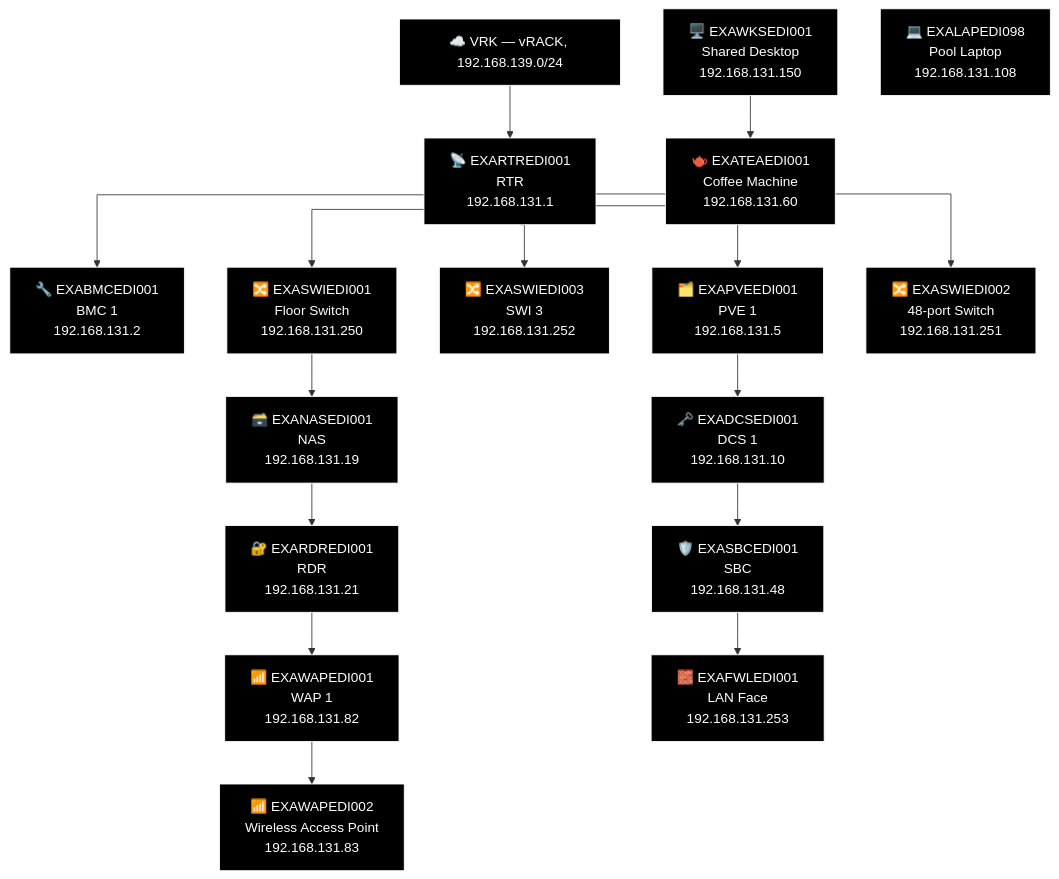
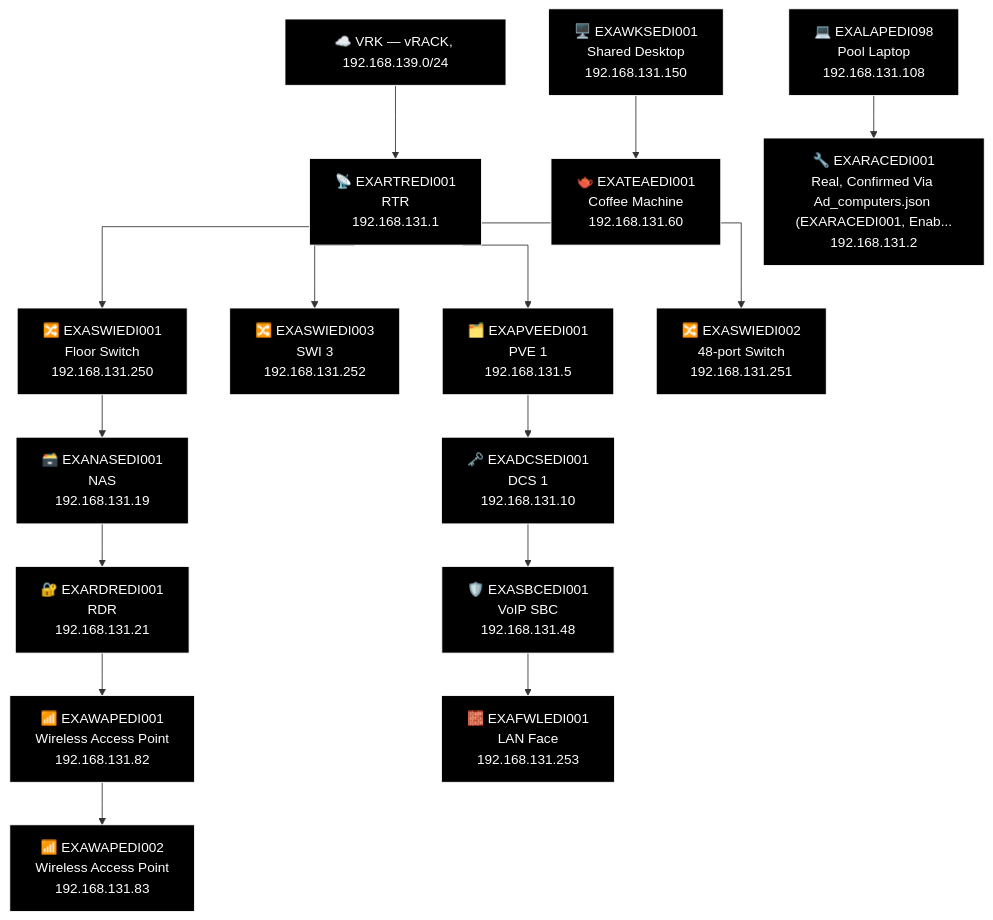
The sixth of 21 diagrams in docs/network-diagram/scotland.md (knightmare2600/example_music_infra), drawn with Mermaid before and after one commit. The commit also changed other lines of this file and 36 other files, not shown here.

First line of the commit message:
devices.csv: add real WAP/SBC/RAC/NAS/ILO/FWL rows for the missing-row backlog

````diff
--- a/docs/network-diagram/scotland.md
+++ b/docs/network-diagram/scotland.md
@@ -432,49 +432,49 @@
 ```mermaid
 %% GENERATED:TOPOLOGY:EDI:START
 %%{init: {'flowchart': {'curve': 'stepAfter'}}}%%
 graph TD
     T_VRK["☁️ VRK — vRACK, 192.168.139.0/24"]
     T_RTR["📡 EXARTREDI001<br/>RTR<br/>192.168.131.1"]
     T_VRK --> T_RTR
-    T_BMC["🔧 EXABMCEDI001<br/>BMC 1<br/>192.168.131.2"]
-    T_RTR --> T_BMC
     T_PVE["🗂️ EXAPVEEDI001<br/>PVE 1<br/>192.168.131.5"]
     T_RTR --> T_PVE
     T_SWI["🔀 EXASWIEDI003<br/>SWI 3<br/>192.168.131.252"]
     T_RTR --> T_SWI
     T_SWI2["🔀 EXASWIEDI001<br/>Floor Switch<br/>192.168.131.250"]
     T_RTR --> T_SWI2
     T_SWI3["🔀 EXASWIEDI002<br/>48-port Switch<br/>192.168.131.251"]
     T_RTR --> T_SWI3
     T_NAS["🗃️ EXANASEDI001<br/>NAS<br/>192.168.131.19"]
     T_RDR["🔐 EXARDREDI001<br/>RDR<br/>192.168.131.21"]
-    T_WAP["📶 EXAWAPEDI001<br/>WAP 1<br/>192.168.131.82"]
+    T_WAP["📶 EXAWAPEDI001<br/>Wireless Access Point<br/>192.168.131.82"]
     T_WAP2["📶 EXAWAPEDI002<br/>Wireless Access Point<br/>192.168.131.83"]
     T_SWI2 --> T_NAS --> T_RDR --> T_WAP --> T_WAP2
     T_DCS["🗝️ EXADCSEDI001<br/>DCS 1<br/>192.168.131.10"]
-    T_SBC["🛡️ EXASBCEDI001<br/>SBC<br/>192.168.131.48"]
+    T_SBC["🛡️ EXASBCEDI001<br/>VoIP SBC<br/>192.168.131.48"]
     T_FWL["🧱 EXAFWLEDI001<br/>LAN Face<br/>192.168.131.253"]
     T_PVE --> T_DCS --> T_SBC --> T_FWL
     T_WKS["🖥️ EXAWKSEDI001<br/>Shared Desktop<br/>192.168.131.150"]
     T_LAP["💻 EXALAPEDI098<br/>Pool Laptop<br/>192.168.131.108"]
     T_TEA["🫖 EXATEAEDI001<br/>Coffee Machine<br/>192.168.131.60"]
+    T_RAC["🔧 EXARACEDI001<br/>Real, Confirmed Via Ad_computers.json (EXARACEDI001, Enab...<br/>192.168.131.2"]
     T_WKS --> T_TEA
+    T_LAP --> T_RAC
     style T_VRK fill:#000000,stroke:#FFFFFF,color:#FFFFFF
     style T_RTR fill:#000000,stroke:#FFFFFF,color:#FFFFFF
-    style T_BMC fill:#000000,stroke:#FFFFFF,color:#FFFFFF
     style T_PVE fill:#000000,stroke:#FFFFFF,color:#FFFFFF
     style T_SWI fill:#000000,stroke:#FFFFFF,color:#FFFFFF
     style T_SWI2 fill:#000000,stroke:#FFFFFF,color:#FFFFFF
     style T_SWI3 fill:#000000,stroke:#FFFFFF,color:#FFFFFF
     style T_NAS fill:#000000,stroke:#FFFFFF,color:#FFFFFF
     style T_RDR fill:#000000,stroke:#FFFFFF,color:#FFFFFF
     style T_WAP fill:#000000,stroke:#FFFFFF,color:#FFFFFF
     style T_WAP2 fill:#000000,stroke:#FFFFFF,color:#FFFFFF
     style T_DCS fill:#000000,stroke:#FFFFFF,color:#FFFFFF
     style T_SBC fill:#000000,stroke:#FFFFFF,color:#FFFFFF
     style T_FWL fill:#000000,stroke:#FFFFFF,color:#FFFFFF
     style T_WKS fill:#000000,stroke:#FFFFFF,color:#FFFFFF
     style T_LAP fill:#000000,stroke:#FFFFFF,color:#FFFFFF
     style T_TEA fill:#000000,stroke:#FFFFFF,color:#FFFFFF
+    style T_RAC fill:#000000,stroke:#FFFFFF,color:#FFFFFF
 %% GENERATED:TOPOLOGY:EDI:END
 ```
````
